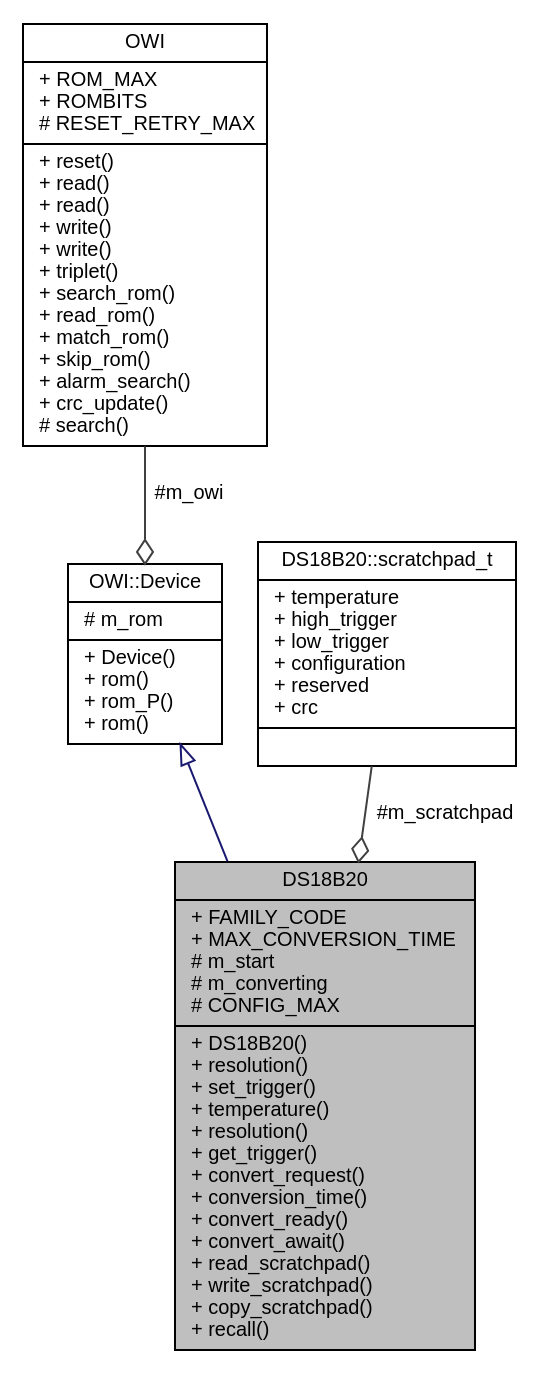
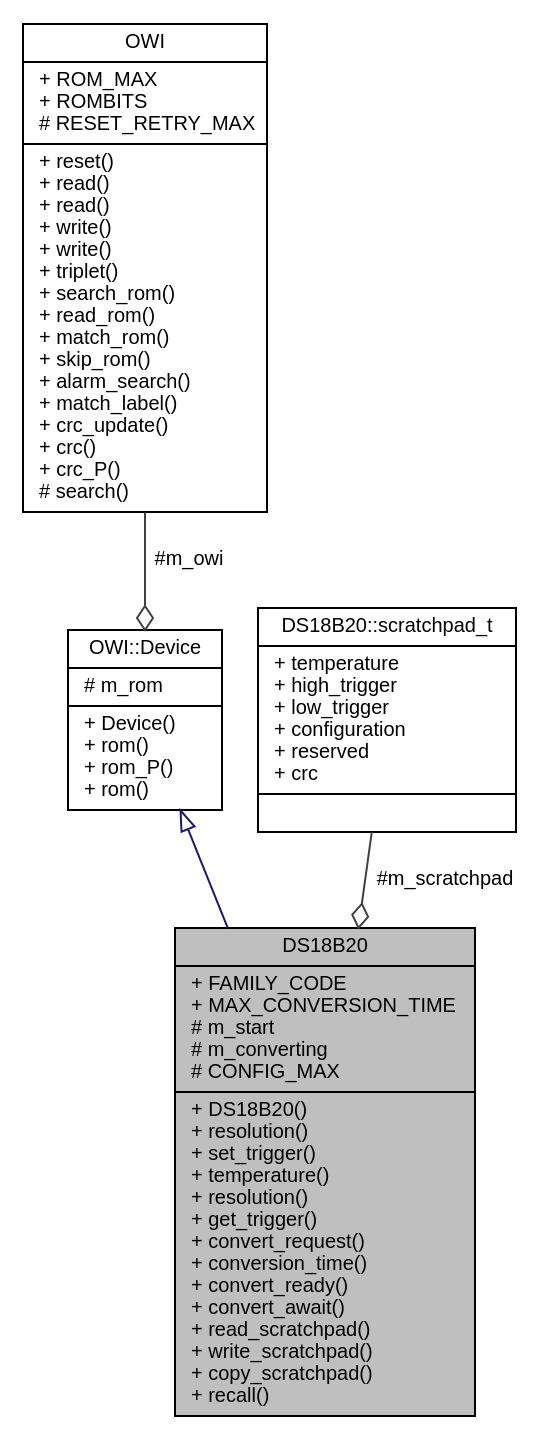
The diagram in Arduino-OWI/d4/d9e/classDS18B20__coll__graph.dot (mikaelpatel/mikaelpatel.github.io), drawn with Graphviz before and after one commit. The commit also changed 406 other files, not shown here.

```diff
--- a/Arduino-OWI/d4/d9e/classDS18B20__coll__graph.dot
+++ b/Arduino-OWI/d4/d9e/classDS18B20__coll__graph.dot
@@ -1,12 +1,12 @@
 digraph "DS18B20"
 {
   edge [fontname="Helvetica",fontsize="10",labelfontname="Helvetica",labelfontsize="10"];
   node [fontname="Helvetica",fontsize="10",shape=record];
   Node1 [label="{DS18B20\n|+ FAMILY_CODE\l+ MAX_CONVERSION_TIME\l# m_start\l# m_converting\l# CONFIG_MAX\l|+ DS18B20()\l+ resolution()\l+ set_trigger()\l+ temperature()\l+ resolution()\l+ get_trigger()\l+ convert_request()\l+ conversion_time()\l+ convert_ready()\l+ convert_await()\l+ read_scratchpad()\l+ write_scratchpad()\l+ copy_scratchpad()\l+ recall()\l}",height=0.2,width=0.4,color="black", fillcolor="grey75", style="filled", fontcolor="black"];
   Node2 -> Node1 [dir="back",color="midnightblue",fontsize="10",style="solid",arrowtail="onormal",fontname="Helvetica"];
   Node2 [label="{OWI::Device\n|# m_rom\l|+ Device()\l+ rom()\l+ rom_P()\l+ rom()\l}",height=0.2,width=0.4,color="black", fillcolor="white", style="filled",URL="$d0/d7f/classOWI_1_1Device.html"];
   Node3 -> Node2 [color="grey25",fontsize="10",style="solid",label=" #m_owi" ,arrowhead="odiamond",fontname="Helvetica"];
-  Node3 [label="{OWI\n|+ ROM_MAX\l+ ROMBITS\l# RESET_RETRY_MAX\l|+ reset()\l+ read()\l+ read()\l+ write()\l+ write()\l+ triplet()\l+ search_rom()\l+ read_rom()\l+ match_rom()\l+ skip_rom()\l+ alarm_search()\l+ crc_update()\l# search()\l}",height=0.2,width=0.4,color="black", fillcolor="white", style="filled",URL="$d7/d90/classOWI.html"];
+  Node3 [label="{OWI\n|+ ROM_MAX\l+ ROMBITS\l# RESET_RETRY_MAX\l|+ reset()\l+ read()\l+ read()\l+ write()\l+ write()\l+ triplet()\l+ search_rom()\l+ read_rom()\l+ match_rom()\l+ skip_rom()\l+ alarm_search()\l+ match_label()\l+ crc_update()\l+ crc()\l+ crc_P()\l# search()\l}",height=0.2,width=0.4,color="black", fillcolor="white", style="filled",URL="$d7/d90/classOWI.html"];
   Node4 -> Node1 [color="grey25",fontsize="10",style="solid",label=" #m_scratchpad" ,arrowhead="odiamond",fontname="Helvetica"];
   Node4 [label="{DS18B20::scratchpad_t\n|+ temperature\l+ high_trigger\l+ low_trigger\l+ configuration\l+ reserved\l+ crc\l|}",height=0.2,width=0.4,color="black", fillcolor="white", style="filled",URL="$d4/d1f/structDS18B20_1_1scratchpad__t.html"];
 }
```
